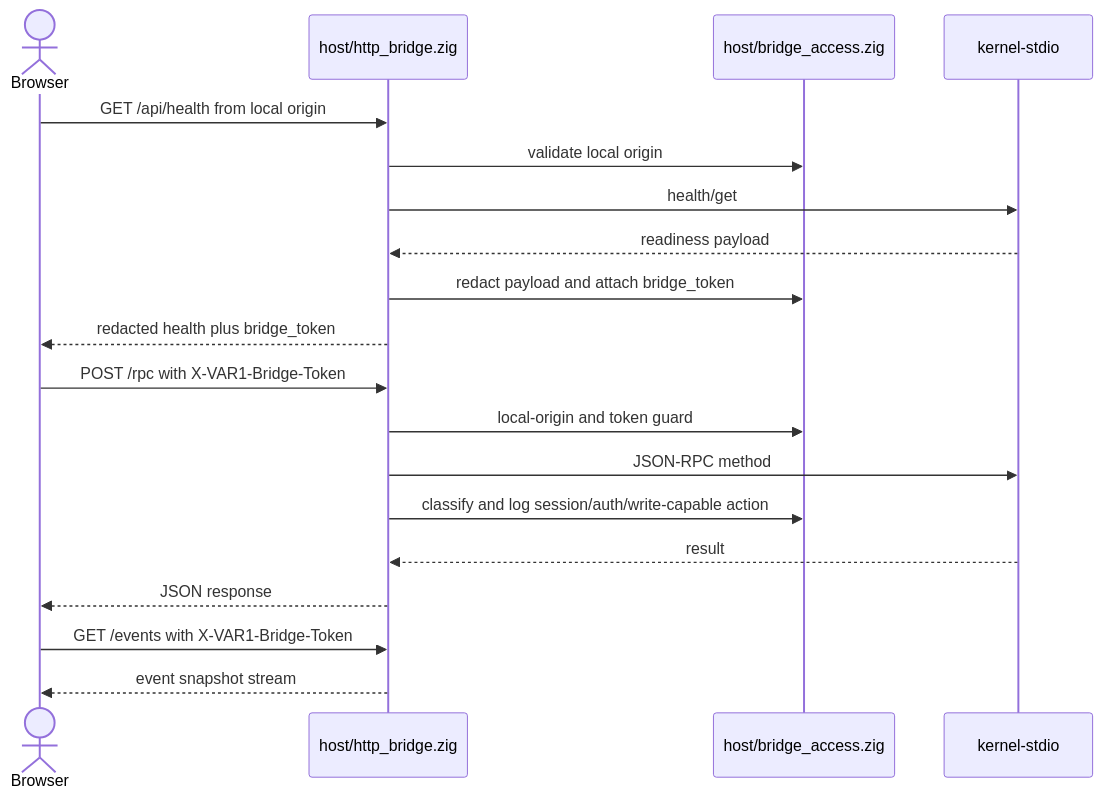
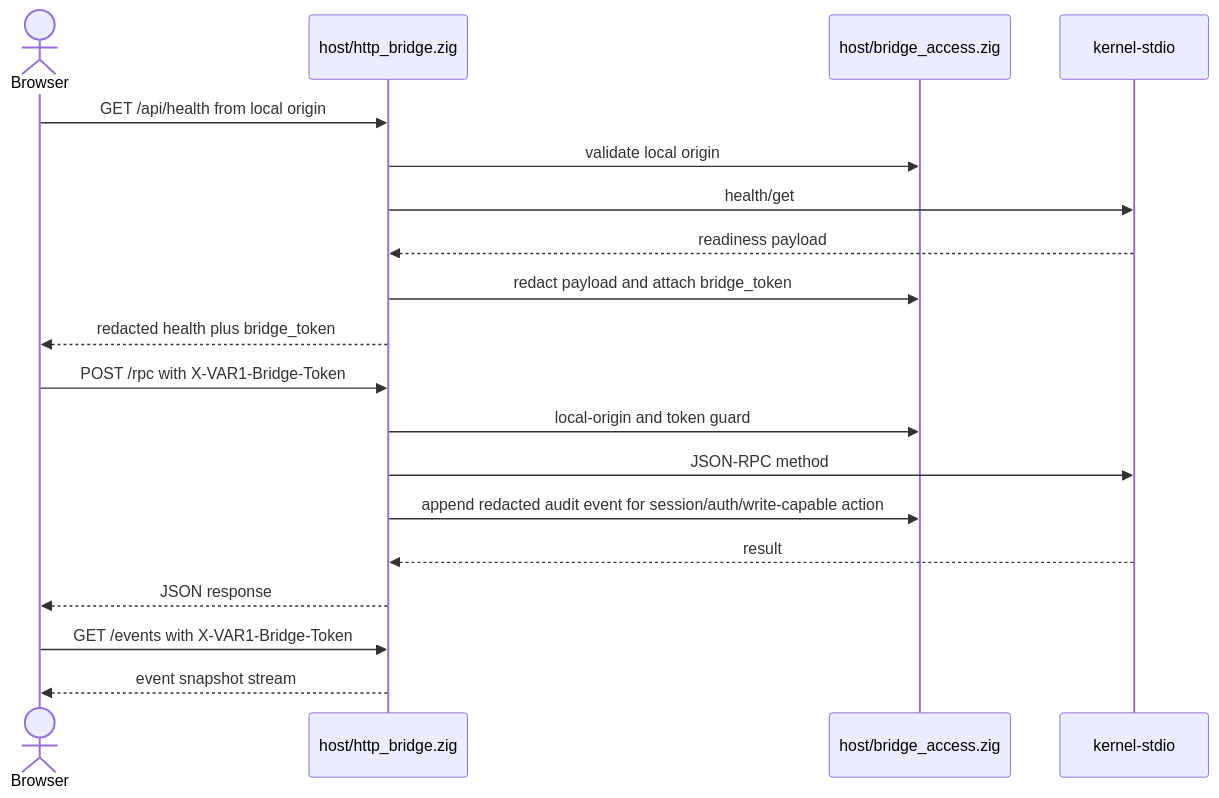
One commit to savageops/VANTARI-ONE changed the sixth of 7 diagrams in apps/backend/variant-1/architecture.md. Above: the diagram before and after it, drawn with Mermaid. The commit also changed other lines of this file and 12 other files, not shown here.

````diff
--- a/apps/backend/variant-1/architecture.md
+++ b/apps/backend/variant-1/architecture.md
@@ -175,22 +175,22 @@
 ```mermaid
 sequenceDiagram
   actor Browser
   participant Bridge as host/http_bridge.zig
   participant Access as host/bridge_access.zig
   participant Kernel as kernel-stdio
 
   Browser->>Bridge: GET /api/health from local origin
   Bridge->>Access: validate local origin
   Bridge->>Kernel: health/get
   Kernel-->>Bridge: readiness payload
   Bridge->>Access: redact payload and attach bridge_token
   Bridge-->>Browser: redacted health plus bridge_token
   Browser->>Bridge: POST /rpc with X-VAR1-Bridge-Token
   Bridge->>Access: local-origin and token guard
   Bridge->>Kernel: JSON-RPC method
-  Bridge->>Access: classify and log session/auth/write-capable action
+  Bridge->>Access: append redacted audit event for session/auth/write-capable action
   Kernel-->>Bridge: result
   Bridge-->>Browser: JSON response
   Browser->>Bridge: GET /events with X-VAR1-Bridge-Token
   Bridge-->>Browser: event snapshot stream
 ```
````
